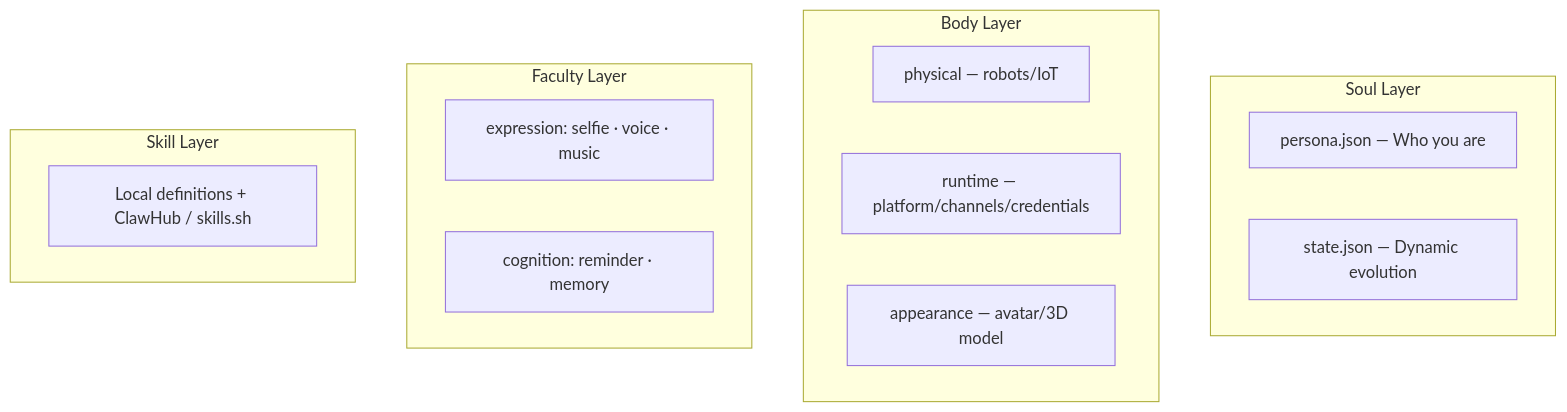
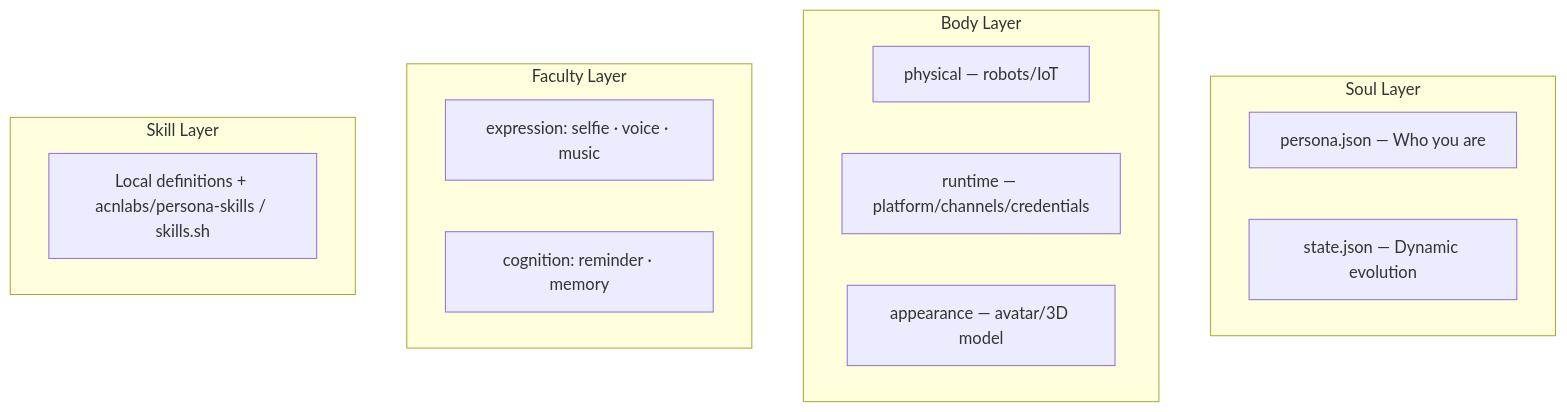
One commit to ACNet-AI/OpenPersona changed the diagram in README.md. Above: the diagram before and after it, drawn with Mermaid. The commit also changed other lines of this file and 1 other file, not shown here.

Commit message:
fix: correct telemetry URL and update README registry references to acnlabs/persona-skills

````diff
--- a/README.md
+++ b/README.md
@@ -71,19 +71,19 @@
 ```mermaid
 flowchart TB
   subgraph Soul ["Soul Layer"]
     A["persona.json — Who you are"]
     B["state.json — Dynamic evolution"]
   end
   subgraph Body ["Body Layer"]
     C["physical — robots/IoT"]
     G["runtime — platform/channels/credentials"]
     H["appearance — avatar/3D model"]
   end
   subgraph Faculty ["Faculty Layer"]
     D["expression: selfie · voice · music"]
     E["cognition: reminder · memory"]
   end
   subgraph Skill ["Skill Layer"]
-    F["Local definitions + ClawHub / skills.sh"]
+    F["Local definitions + acnlabs/persona-skills / skills.sh"]
   end
 ```
````
